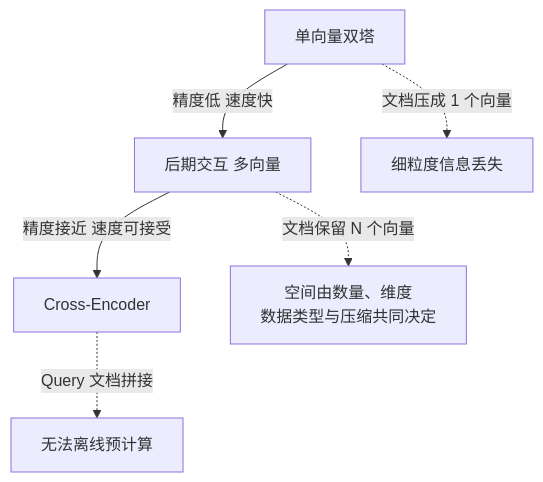
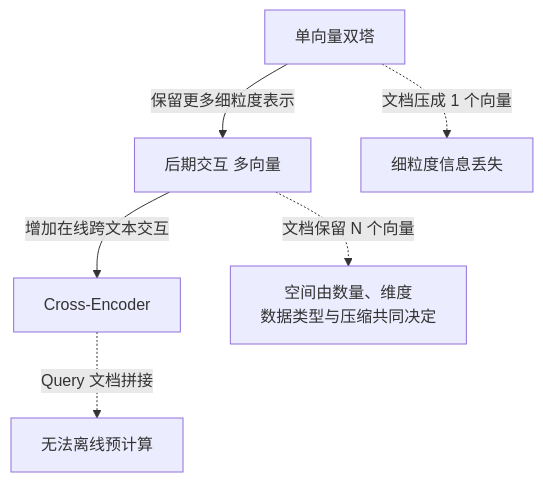
The third of 3 diagrams in docs/rag/02-ingestion-indexing/06-embedding-principles.md (oneleaveknowsthefall/awesome-ai-roadmap), drawn with Mermaid before and after one commit. The commit also changed other lines of this file and 24 other files, not shown here.

````diff
--- a/docs/rag/02-ingestion-indexing/06-embedding-principles.md
+++ b/docs/rag/02-ingestion-indexing/06-embedding-principles.md
@@ -119,8 +119,8 @@
 ```mermaid
 flowchart TB
-    A[单向量双塔] -->|精度低 速度快| B[后期交互 多向量]
-    B -->|精度接近 速度可接受| C[Cross-Encoder]
+    A[单向量双塔] -->|保留更多细粒度表示| B[后期交互 多向量]
+    B -->|增加在线跨文本交互| C[Cross-Encoder]
     A -.->|文档压成 1 个向量| A1[细粒度信息丢失]
     B -.->|文档保留 N 个向量| B1[空间由数量、维度<br/>数据类型与压缩共同决定]
     C -.->|Query 文档拼接| C1[无法离线预计算]
 ```
````
